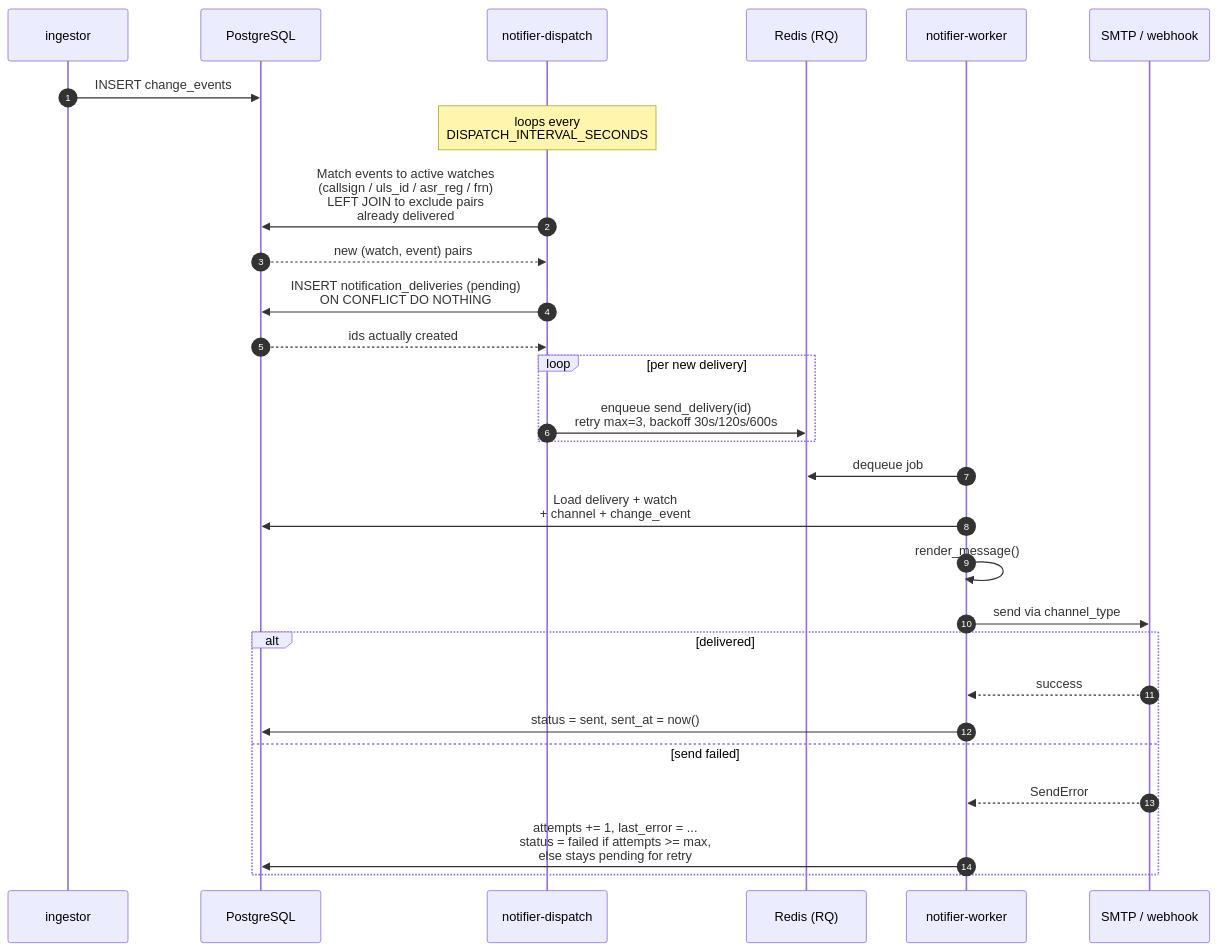
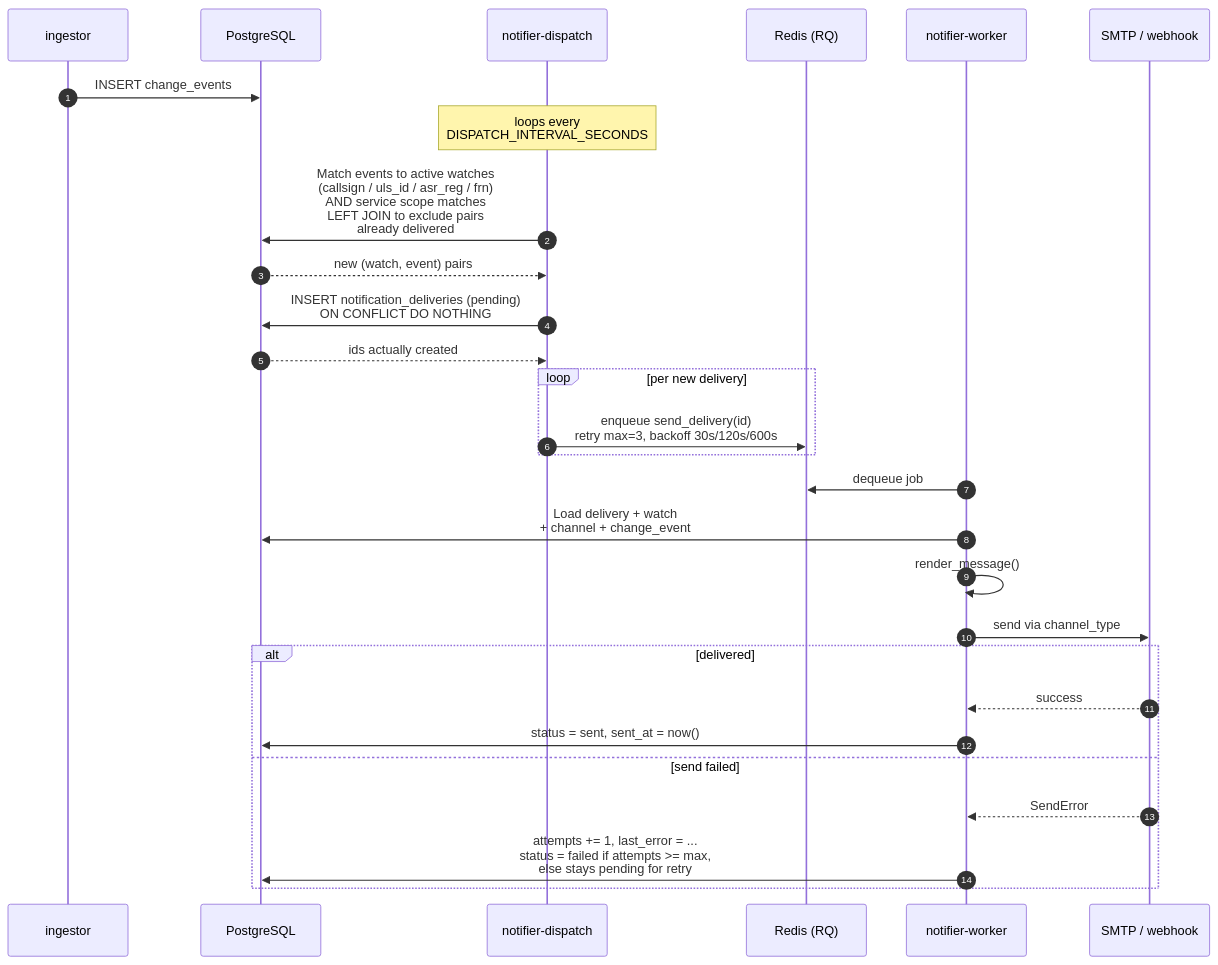
One commit to n00tz/fcculs-explorer changed the sixth of 15 diagrams in docs/architecture.md. Above: the diagram before and after it, drawn with Mermaid. The commit also changed other lines of this file and 2 other files, not shown here.

First line of the commit message:
docs: audit architecture.md, document the parse stage

````diff
--- a/docs/architecture.md
+++ b/docs/architecture.md
@@ -271,36 +327,36 @@
 ```mermaid
 sequenceDiagram
     autonumber
     participant I as ingestor
     participant DB as PostgreSQL
     participant D as notifier-dispatch
     participant R as Redis (RQ)
     participant W as notifier-worker
     participant X as SMTP / webhook
 
     I->>DB: INSERT change_events
     Note over D: loops every<br/>DISPATCH_INTERVAL_SECONDS
 
-    D->>DB: Match events to active watches<br/>(callsign / uls_id / asr_reg / frn)<br/>LEFT JOIN to exclude pairs<br/>already delivered
+    D->>DB: Match events to active watches<br/>(callsign / uls_id / asr_reg / frn)<br/>AND service scope matches<br/>LEFT JOIN to exclude pairs<br/>already delivered
     DB-->>D: new (watch, event) pairs
 
     D->>DB: INSERT notification_deliveries (pending)<br/>ON CONFLICT DO NOTHING
     DB-->>D: ids actually created
 
     loop per new delivery
         D->>R: enqueue send_delivery(id)<br/>retry max=3, backoff 30s/120s/600s
     end
 
     W->>R: dequeue job
     W->>DB: Load delivery + watch<br/>+ channel + change_event
     W->>W: render_message()
     W->>X: send via channel_type
 
     alt delivered
         X-->>W: success
         W->>DB: status = sent, sent_at = now()
     else send failed
         X-->>W: SendError
         W->>DB: attempts += 1, last_error = ...<br/>status = failed if attempts >= max,<br/>else stays pending for retry
     end
 ```
````
